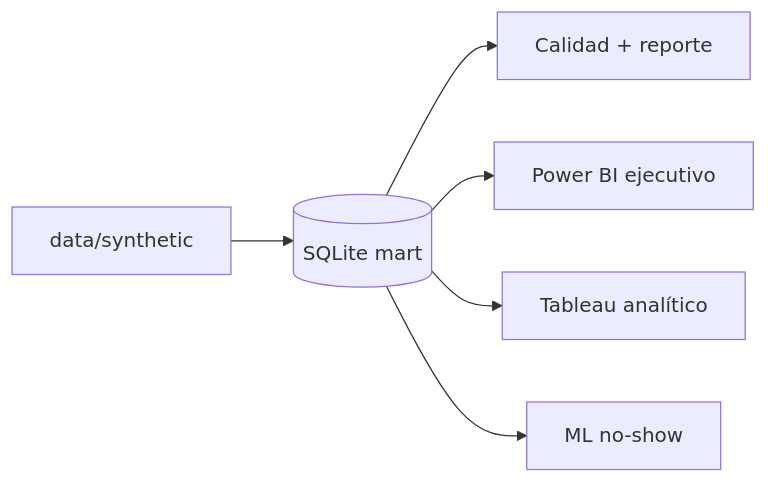
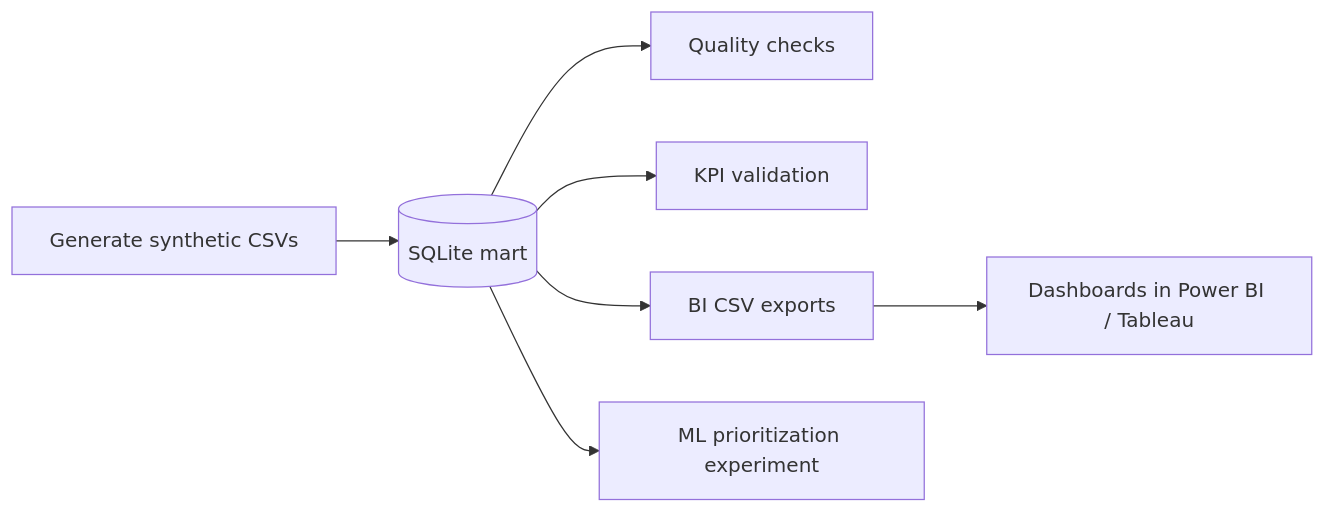
Before and after one commit to Agus-Delgado/Paradigm-: the diagram in README.md, drawn with Mermaid. The commit also changed other lines of this file, not shown here.

````diff
--- a/README.md
+++ b/README.md
@@ -48,14 +50,16 @@
 ```mermaid
 flowchart LR
-  S[data/synthetic]
+  G[Generate synthetic CSVs]
   M[(SQLite mart)]
-  Q[Calidad + reporte]
-  P[Power BI ejecutivo]
-  T[Tableau analítico]
-  L[ML no-show]
-  S --> M
+  Q[Quality checks]
+  V[KPI validation]
+  E[BI CSV exports]
+  D[Dashboards in Power BI / Tableau]
+  L[ML prioritization experiment]
+  G --> M
   M --> Q
-  M --> P
-  M --> T
+  M --> V
+  M --> E
+  E --> D
   M --> L
 ```
````
